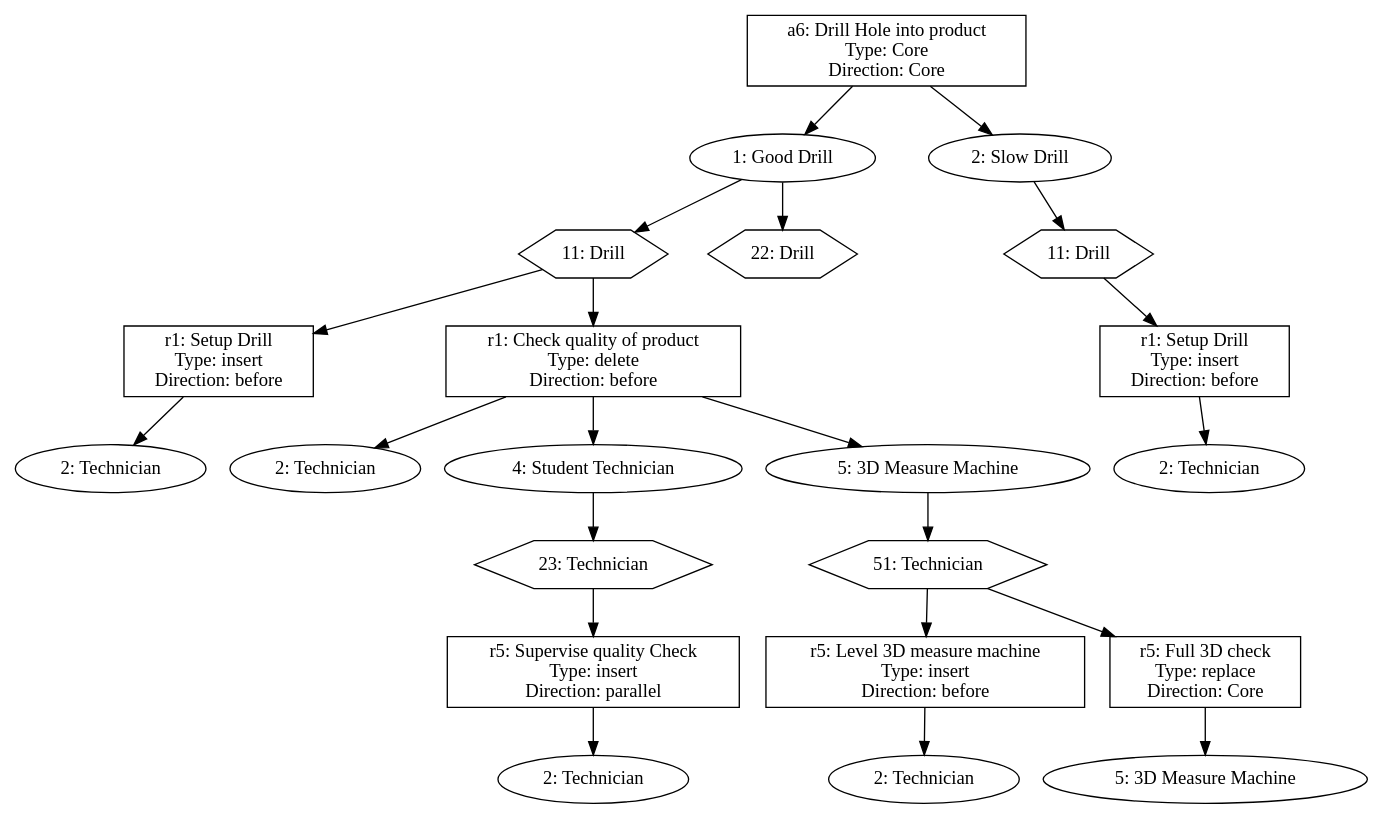
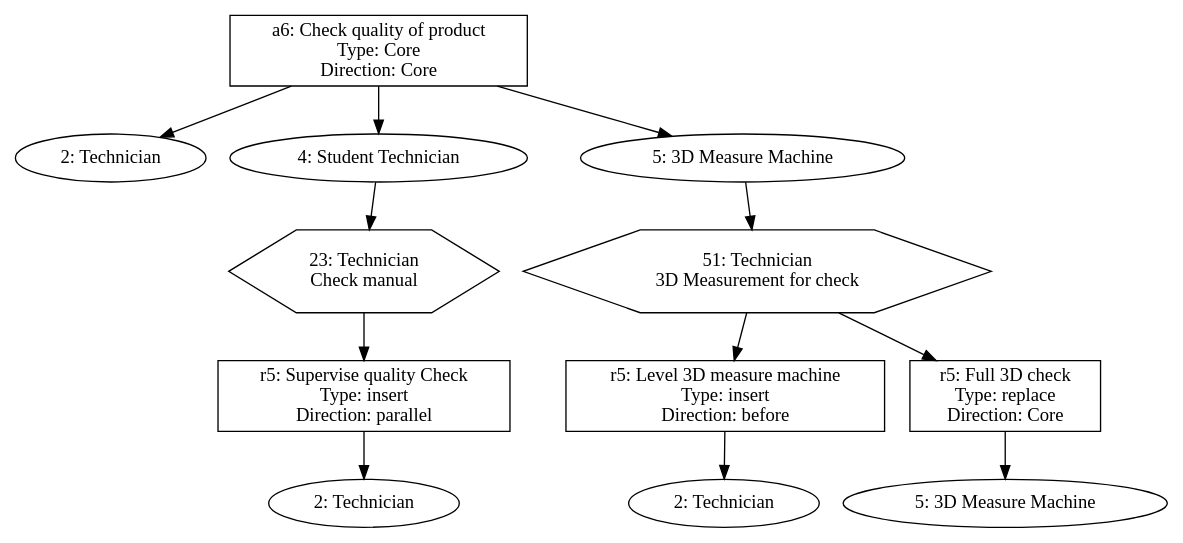
Before and after one commit to Schlixmann/RA-RPST-Allocation: the diagram in call_tree.dot, drawn with Graphviz. The commit also changed 6 other files, not shown here.

```diff
--- a/call_tree.dot
+++ b/call_tree.dot
@@ -1,59 +1,35 @@
 digraph CallTree {
-	"21d8d3b4-9101-11ee-9dc2-04cf4b795879" [label = "a6: Drill Hole into product 
+	"cbcba95a-947b-11ee-b6cd-04cf4b795879" [label = "a6: Check quality of product 
  Type: Core 
  Direction: Core" shape=rectangle]	; 
-	"21d8f4a2-9101-11ee-9dc2-04cf4b795879" [label = "1: Good Drill"]	; 
-	"21d8d3b4-9101-11ee-9dc2-04cf4b795879" -> "21d8f4a2-9101-11ee-9dc2-04cf4b795879"	 ;
-	"21d8faf6-9101-11ee-9dc2-04cf4b795879" [label = "11: Drill" shape=polygon sides=6]	; 
-	"21d8f4a2-9101-11ee-9dc2-04cf4b795879" -> "21d8faf6-9101-11ee-9dc2-04cf4b795879"	 ;
-	"21d8ff1a-9101-11ee-9dc2-04cf4b795879" [label = "r1: Setup Drill 
+	"cbcbbd8c-947b-11ee-b6cd-04cf4b795879" [label = "2: Technician"]	; 
+	"cbcba95a-947b-11ee-b6cd-04cf4b795879" -> "cbcbbd8c-947b-11ee-b6cd-04cf4b795879"	 ;
+	"cbcbc070-947b-11ee-b6cd-04cf4b795879" [label = "4: Student Technician"]	; 
+	"cbcba95a-947b-11ee-b6cd-04cf4b795879" -> "cbcbc070-947b-11ee-b6cd-04cf4b795879"	 ;
+	"cbcbc49e-947b-11ee-b6cd-04cf4b795879" [label = "23: Technician 
+ Check manual" shape=polygon sides=6]	; 
+	"cbcbc070-947b-11ee-b6cd-04cf4b795879" -> "cbcbc49e-947b-11ee-b6cd-04cf4b795879"	 ;
+	"cbcbc7aa-947b-11ee-b6cd-04cf4b795879" [label = "r5: Supervise quality Check 
+ Type: insert 
+ Direction: parallel" shape=rectangle]	; 
+	"cbcbc49e-947b-11ee-b6cd-04cf4b795879" -> "cbcbc7aa-947b-11ee-b6cd-04cf4b795879"	 ;
+	"cbcbcee4-947b-11ee-b6cd-04cf4b795879" [label = "2: Technician"]	; 
+	"cbcbc7aa-947b-11ee-b6cd-04cf4b795879" -> "cbcbcee4-947b-11ee-b6cd-04cf4b795879"	 ;
+	"cbcbd2ea-947b-11ee-b6cd-04cf4b795879" [label = "5: 3D Measure Machine"]	; 
+	"cbcba95a-947b-11ee-b6cd-04cf4b795879" -> "cbcbd2ea-947b-11ee-b6cd-04cf4b795879"	 ;
+	"cbcbd6b4-947b-11ee-b6cd-04cf4b795879" [label = "51: Technician 
+ 3D Measurement for check" shape=polygon sides=6]	; 
+	"cbcbd2ea-947b-11ee-b6cd-04cf4b795879" -> "cbcbd6b4-947b-11ee-b6cd-04cf4b795879"	 ;
+	"cbcbd97a-947b-11ee-b6cd-04cf4b795879" [label = "r5: Level 3D measure machine 
  Type: insert 
  Direction: before" shape=rectangle]	; 
-	"21d8faf6-9101-11ee-9dc2-04cf4b795879" -> "21d8ff1a-9101-11ee-9dc2-04cf4b795879"	 ;
-	"21d90910-9101-11ee-9dc2-04cf4b795879" [label = "2: Technician"]	; 
-	"21d8ff1a-9101-11ee-9dc2-04cf4b795879" -> "21d90910-9101-11ee-9dc2-04cf4b795879"	 ;
-	"21d90dd4-9101-11ee-9dc2-04cf4b795879" [label = "r1: Check quality of product 
- Type: delete 
- Direction: before" shape=rectangle]	; 
-	"21d8faf6-9101-11ee-9dc2-04cf4b795879" -> "21d90dd4-9101-11ee-9dc2-04cf4b795879"	 ;
-	"21d91bee-9101-11ee-9dc2-04cf4b795879" [label = "2: Technician"]	; 
-	"21d90dd4-9101-11ee-9dc2-04cf4b795879" -> "21d91bee-9101-11ee-9dc2-04cf4b795879"	 ;
-	"21d92148-9101-11ee-9dc2-04cf4b795879" [label = "4: Student Technician"]	; 
-	"21d90dd4-9101-11ee-9dc2-04cf4b795879" -> "21d92148-9101-11ee-9dc2-04cf4b795879"	 ;
-	"21d926b6-9101-11ee-9dc2-04cf4b795879" [label = "23: Technician" shape=polygon sides=6]	; 
-	"21d92148-9101-11ee-9dc2-04cf4b795879" -> "21d926b6-9101-11ee-9dc2-04cf4b795879"	 ;
-	"21d92a6c-9101-11ee-9dc2-04cf4b795879" [label = "r5: Supervise quality Check 
- Type: insert 
- Direction: parallel" shape=rectangle]	; 
-	"21d926b6-9101-11ee-9dc2-04cf4b795879" -> "21d92a6c-9101-11ee-9dc2-04cf4b795879"	 ;
-	"21d9344e-9101-11ee-9dc2-04cf4b795879" [label = "2: Technician"]	; 
-	"21d92a6c-9101-11ee-9dc2-04cf4b795879" -> "21d9344e-9101-11ee-9dc2-04cf4b795879"	 ;
-	"21d93926-9101-11ee-9dc2-04cf4b795879" [label = "5: 3D Measure Machine"]	; 
-	"21d90dd4-9101-11ee-9dc2-04cf4b795879" -> "21d93926-9101-11ee-9dc2-04cf4b795879"	 ;
-	"21d93d7c-9101-11ee-9dc2-04cf4b795879" [label = "51: Technician" shape=polygon sides=6]	; 
-	"21d93926-9101-11ee-9dc2-04cf4b795879" -> "21d93d7c-9101-11ee-9dc2-04cf4b795879"	 ;
-	"21d94060-9101-11ee-9dc2-04cf4b795879" [label = "r5: Level 3D measure machine 
- Type: insert 
- Direction: before" shape=rectangle]	; 
-	"21d93d7c-9101-11ee-9dc2-04cf4b795879" -> "21d94060-9101-11ee-9dc2-04cf4b795879"	 ;
-	"21d949a2-9101-11ee-9dc2-04cf4b795879" [label = "2: Technician"]	; 
-	"21d94060-9101-11ee-9dc2-04cf4b795879" -> "21d949a2-9101-11ee-9dc2-04cf4b795879"	 ;
-	"21d94d9e-9101-11ee-9dc2-04cf4b795879" [label = "r5: Full 3D check 
+	"cbcbd6b4-947b-11ee-b6cd-04cf4b795879" -> "cbcbd97a-947b-11ee-b6cd-04cf4b795879"	 ;
+	"cbcbe08c-947b-11ee-b6cd-04cf4b795879" [label = "2: Technician"]	; 
+	"cbcbd97a-947b-11ee-b6cd-04cf4b795879" -> "cbcbe08c-947b-11ee-b6cd-04cf4b795879"	 ;
+	"cbcbe3ac-947b-11ee-b6cd-04cf4b795879" [label = "r5: Full 3D check 
  Type: replace 
  Direction: Core" shape=rectangle]	; 
-	"21d93d7c-9101-11ee-9dc2-04cf4b795879" -> "21d94d9e-9101-11ee-9dc2-04cf4b795879"	 ;
-	"21d956c2-9101-11ee-9dc2-04cf4b795879" [label = "5: 3D Measure Machine"]	; 
-	"21d94d9e-9101-11ee-9dc2-04cf4b795879" -> "21d956c2-9101-11ee-9dc2-04cf4b795879"	 ;
-	"21d95b54-9101-11ee-9dc2-04cf4b795879" [label = "22: Drill" shape=polygon sides=6]	; 
-	"21d8f4a2-9101-11ee-9dc2-04cf4b795879" -> "21d95b54-9101-11ee-9dc2-04cf4b795879"	 ;
-	"21d95f00-9101-11ee-9dc2-04cf4b795879" [label = "2: Slow Drill"]	; 
-	"21d8d3b4-9101-11ee-9dc2-04cf4b795879" -> "21d95f00-9101-11ee-9dc2-04cf4b795879"	 ;
-	"21d962a2-9101-11ee-9dc2-04cf4b795879" [label = "11: Drill" shape=polygon sides=6]	; 
-	"21d95f00-9101-11ee-9dc2-04cf4b795879" -> "21d962a2-9101-11ee-9dc2-04cf4b795879"	 ;
-	"21d9652c-9101-11ee-9dc2-04cf4b795879" [label = "r1: Setup Drill 
- Type: insert 
- Direction: before" shape=rectangle]	; 
-	"21d962a2-9101-11ee-9dc2-04cf4b795879" -> "21d9652c-9101-11ee-9dc2-04cf4b795879"	 ;
-	"21d96d9c-9101-11ee-9dc2-04cf4b795879" [label = "2: Technician"]	; 
-	"21d9652c-9101-11ee-9dc2-04cf4b795879" -> "21d96d9c-9101-11ee-9dc2-04cf4b795879"	 ;
+	"cbcbd6b4-947b-11ee-b6cd-04cf4b795879" -> "cbcbe3ac-947b-11ee-b6cd-04cf4b795879"	 ;
+	"cbcbeb40-947b-11ee-b6cd-04cf4b795879" [label = "5: 3D Measure Machine"]	; 
+	"cbcbe3ac-947b-11ee-b6cd-04cf4b795879" -> "cbcbeb40-947b-11ee-b6cd-04cf4b795879"	 ;
 }
```
